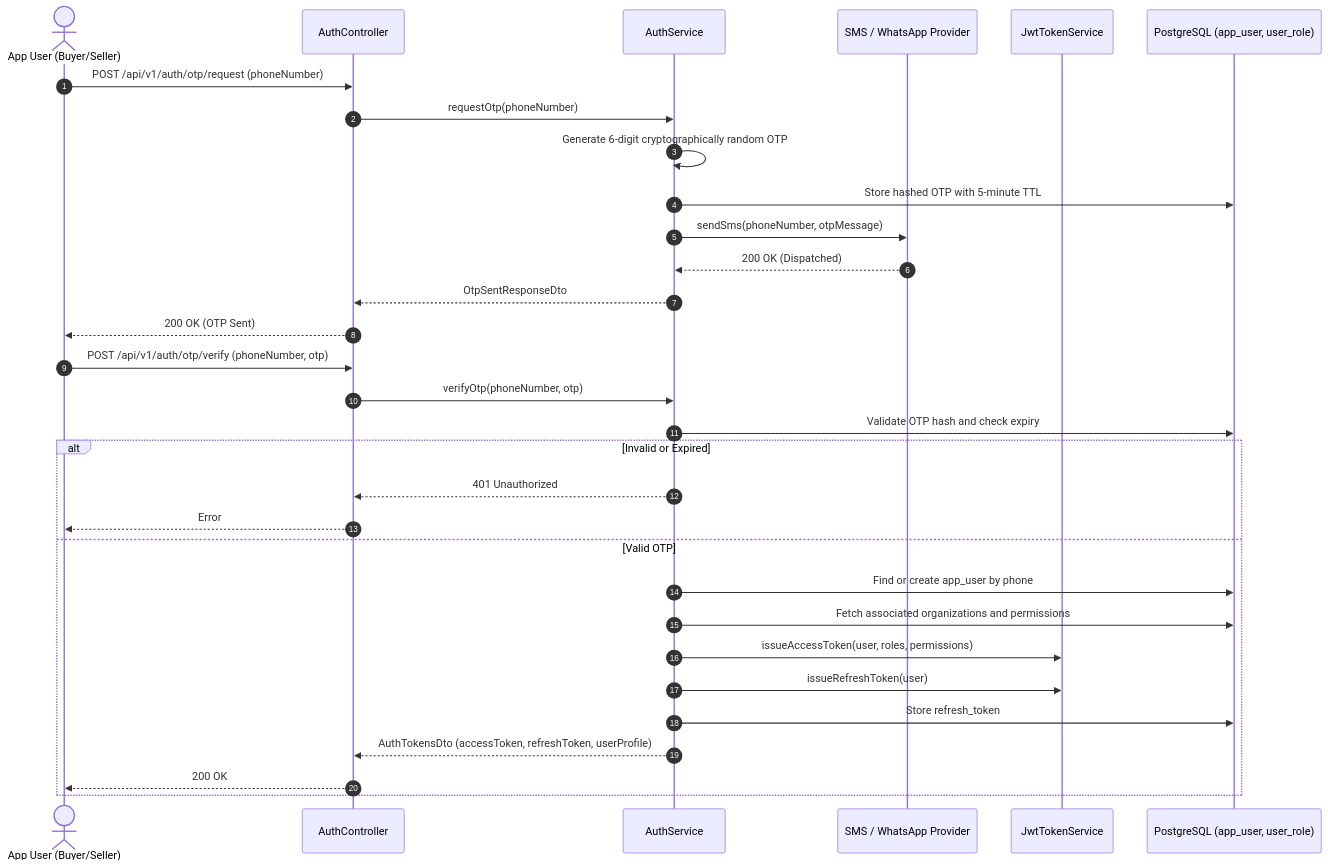
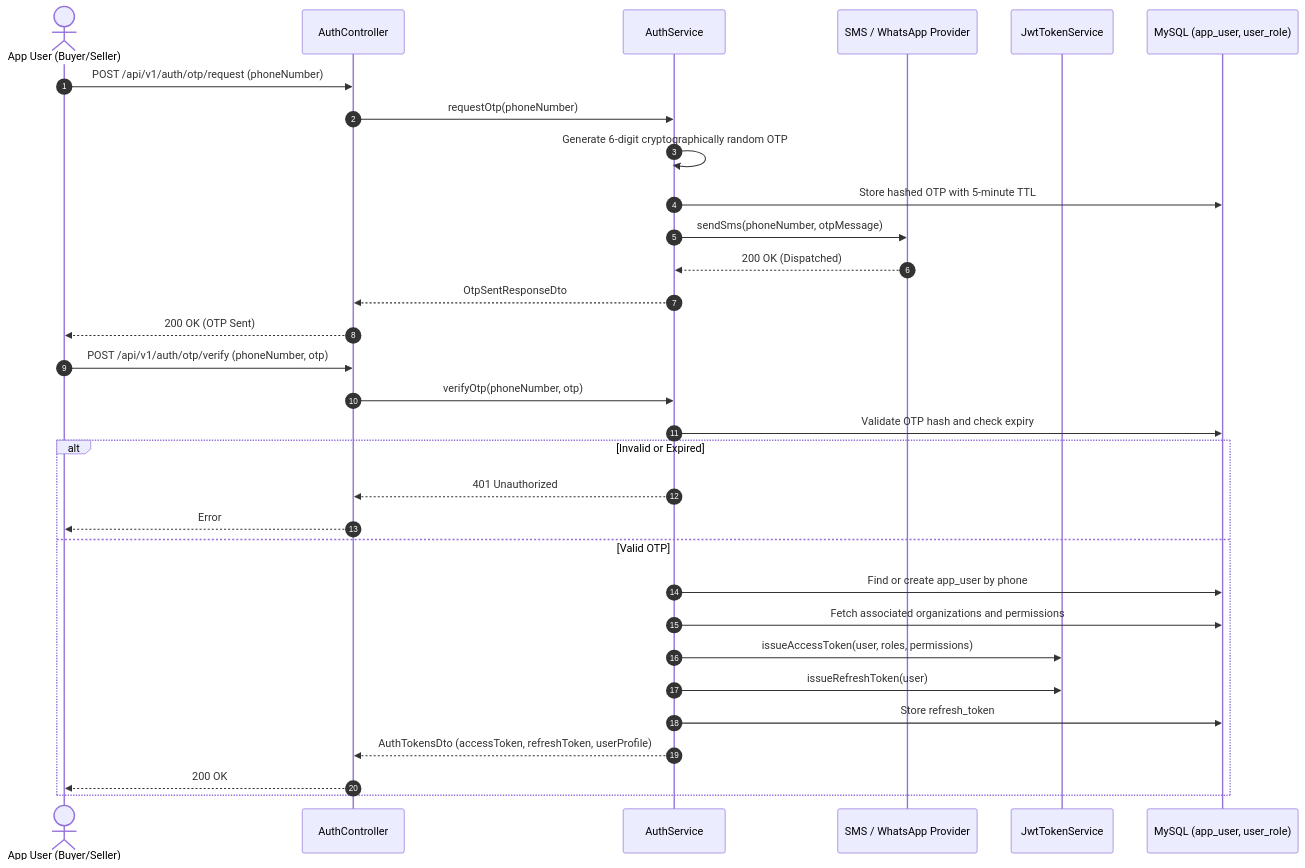
One commit to narasimha-reddy/costonomy-mp-api changed the first of 3 diagrams in docs/architecture/sequence-diagrams/06-identity-and-orgs.md. Above: the diagram before and after it, drawn with Mermaid. The commit also changed other lines of this file and 19 other files, not shown here.

First line of the commit message:
docs(delivery): current state, diagrams, decisions D-204 to D-207, changelog and traceability

````diff
--- a/docs/architecture/sequence-diagrams/06-identity-and-orgs.md
+++ b/docs/architecture/sequence-diagrams/06-identity-and-orgs.md
@@ -15,35 +15,35 @@
 ```mermaid
 sequenceDiagram
     autonumber
     actor User as App User (Buyer/Seller)
     participant AC as AuthController
     participant AS as AuthService
     participant SMS as SMS / WhatsApp Provider
     participant JWT as JwtTokenService
-    participant DB as PostgreSQL (app_user, user_role)
+    participant DB as MySQL (app_user, user_role)
 
     User->>AC: POST /api/v1/auth/otp/request (phoneNumber)
     AC->>AS: requestOtp(phoneNumber)
     AS->>AS: Generate 6-digit cryptographically random OTP
     AS->>DB: Store hashed OTP with 5-minute TTL
     AS->>SMS: sendSms(phoneNumber, otpMessage)
     SMS-->>AS: 200 OK (Dispatched)
     AS-->>AC: OtpSentResponseDto
     AC-->>User: 200 OK (OTP Sent)
 
     User->>AC: POST /api/v1/auth/otp/verify (phoneNumber, otp)
     AC->>AS: verifyOtp(phoneNumber, otp)
     AS->>DB: Validate OTP hash and check expiry
     alt Invalid or Expired
         AS-->>AC: 401 Unauthorized
         AC-->>User: Error
     else Valid OTP
         AS->>DB: Find or create app_user by phone
         AS->>DB: Fetch associated organizations and permissions
         AS->>JWT: issueAccessToken(user, roles, permissions)
         AS->>JWT: issueRefreshToken(user)
         AS->>DB: Store refresh_token
         AS-->>AC: AuthTokensDto (accessToken, refreshToken, userProfile)
         AC-->>User: 200 OK
     end
 ```
````
